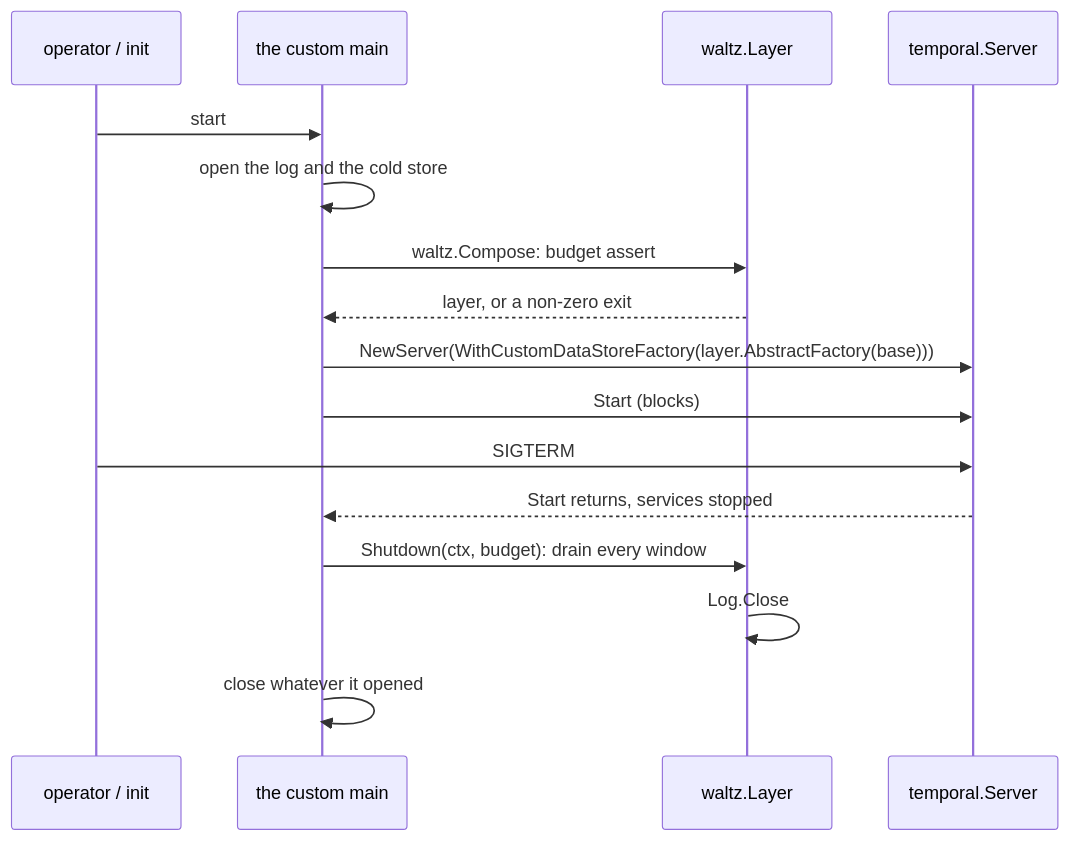
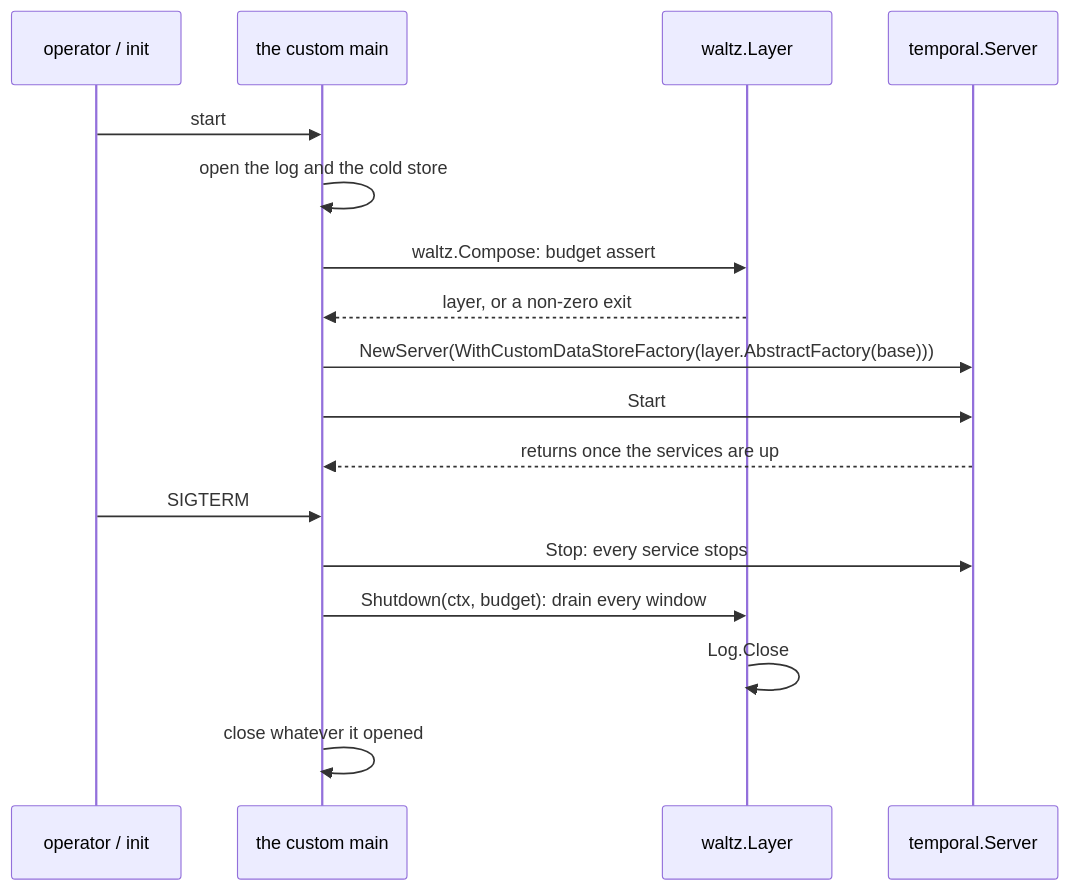
The first of 2 diagrams in docs/handbook/09-operations.md (aromanovich/waltz), drawn with Mermaid before and after one commit. The commit also changed other lines of this file and 15 other files, not shown here.

````diff
--- a/docs/handbook/09-operations.md
+++ b/docs/handbook/09-operations.md
@@ -97,18 +101,19 @@
 ```mermaid
 sequenceDiagram
     participant Ops as operator / init
     participant Main as the custom main
     participant Layer as waltz.Layer
     participant Srv as temporal.Server
     Ops->>Main: start
     Main->>Main: open the log and the cold store
     Main->>Layer: waltz.Compose: budget assert
     Layer-->>Main: layer, or a non-zero exit
     Main->>Srv: NewServer(WithCustomDataStoreFactory(layer.AbstractFactory(base)))
-    Main->>Srv: Start (blocks)
-    Ops->>Srv: SIGTERM
-    Srv-->>Main: Start returns, services stopped
+    Main->>Srv: Start
+    Srv-->>Main: returns once the services are up
+    Ops->>Main: SIGTERM
+    Main->>Srv: Stop: every service stops
     Main->>Layer: Shutdown(ctx, budget): drain every window
     Layer->>Layer: Log.Close
     Main->>Main: close whatever it opened
 ```
````
